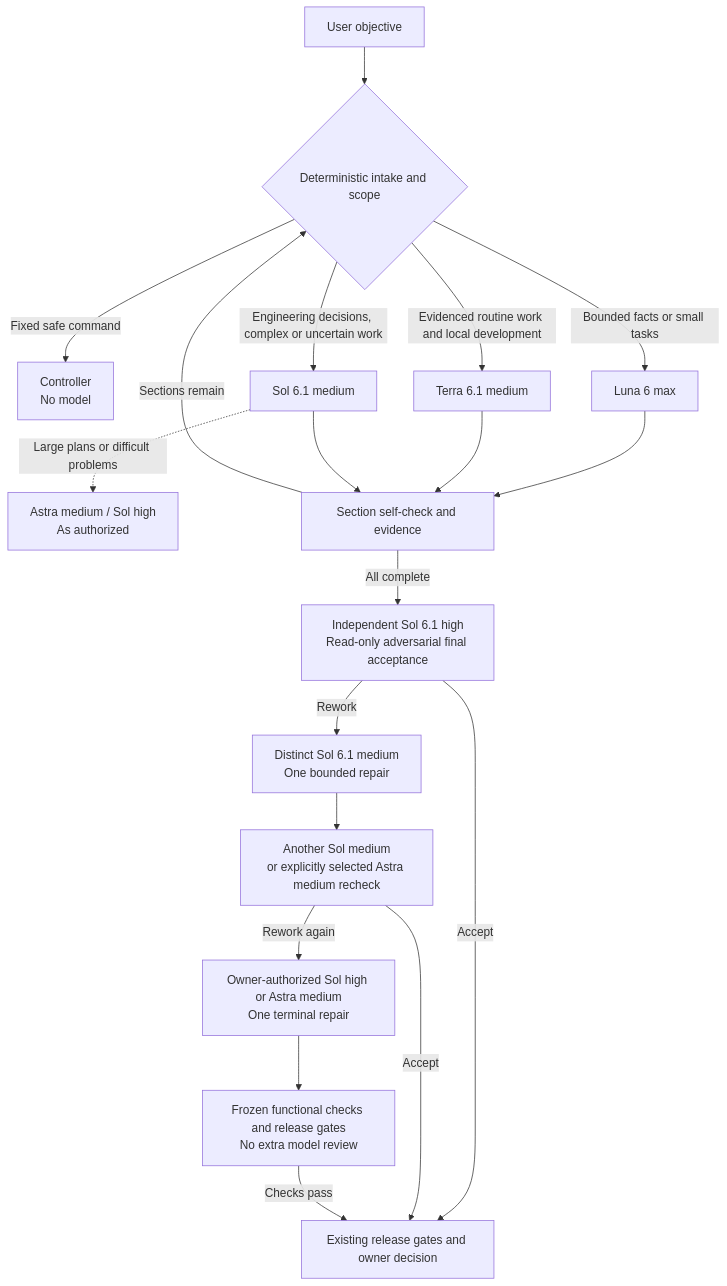
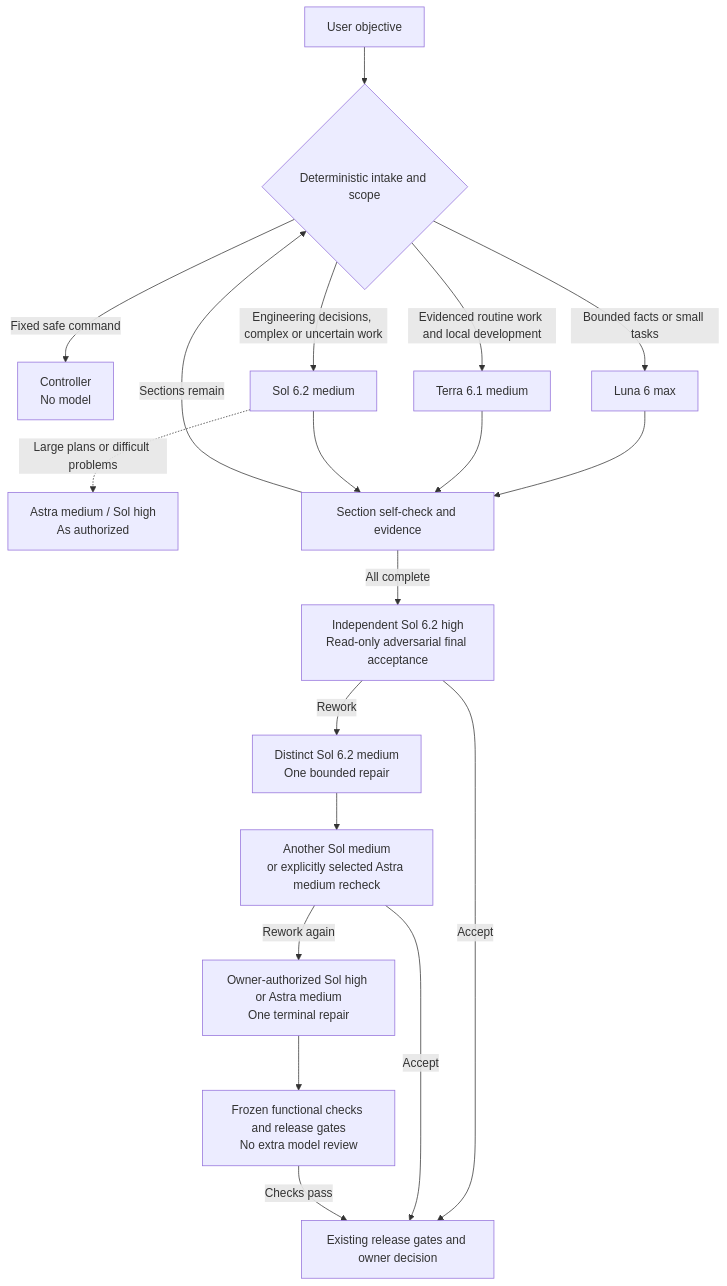
The diagram in README.en.md (New2taste/codex-team), drawn with Mermaid before and after one commit. The commit also changed other lines of this file and 34 other files, not shown here.

````diff
--- a/README.en.md
+++ b/README.en.md
@@ -46,21 +46,21 @@
 ```mermaid
 flowchart TD
     A[User objective] --> B{Deterministic intake and scope}
     B -->|Fixed safe command| C[Controller<br/>No model]
     B -->|Bounded facts or small tasks| D[Luna 6 max]
     B -->|Evidenced routine work and local development| T[Terra 6.1 medium]
-    B -->|Engineering decisions, complex or uncertain work| E[Sol 6.1 medium]
+    B -->|Engineering decisions, complex or uncertain work| E[Sol 6.2 medium]
     E -. Large plans or difficult problems .-> F[Astra medium / Sol high<br/>As authorized]
     D --> G[Section self-check and evidence]
     T --> G
     E --> G
     G -->|Sections remain| B
-    G -->|All complete| H[Independent Sol 6.1 high<br/>Read-only adversarial final acceptance]
+    G -->|All complete| H[Independent Sol 6.2 high<br/>Read-only adversarial final acceptance]
     H -->|Accept| I[Existing release gates and owner decision]
-    H -->|Rework| J[Distinct Sol 6.1 medium<br/>One bounded repair]
+    H -->|Rework| J[Distinct Sol 6.2 medium<br/>One bounded repair]
     J --> K[Another Sol medium<br/>or explicitly selected Astra medium recheck]
     K -->|Accept| I
     K -->|Rework again| L[Owner-authorized Sol high or Astra medium<br/>One terminal repair]
     L --> M[Frozen functional checks and release gates<br/>No extra model review]
     M -->|Checks pass| I
 ```
````
